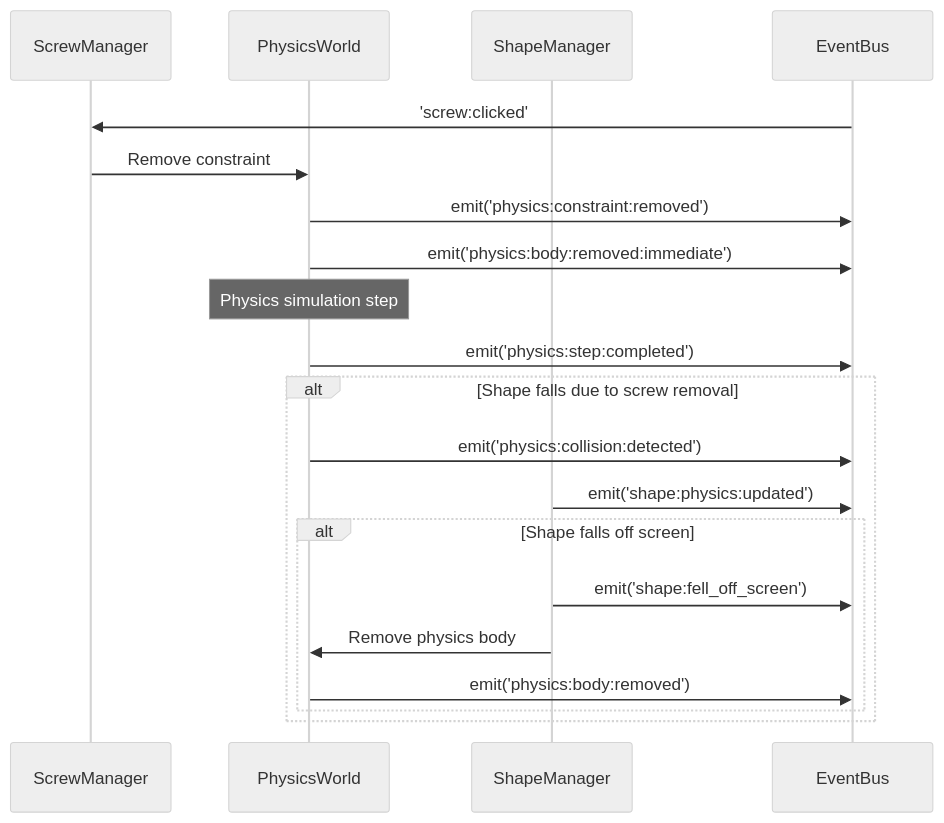
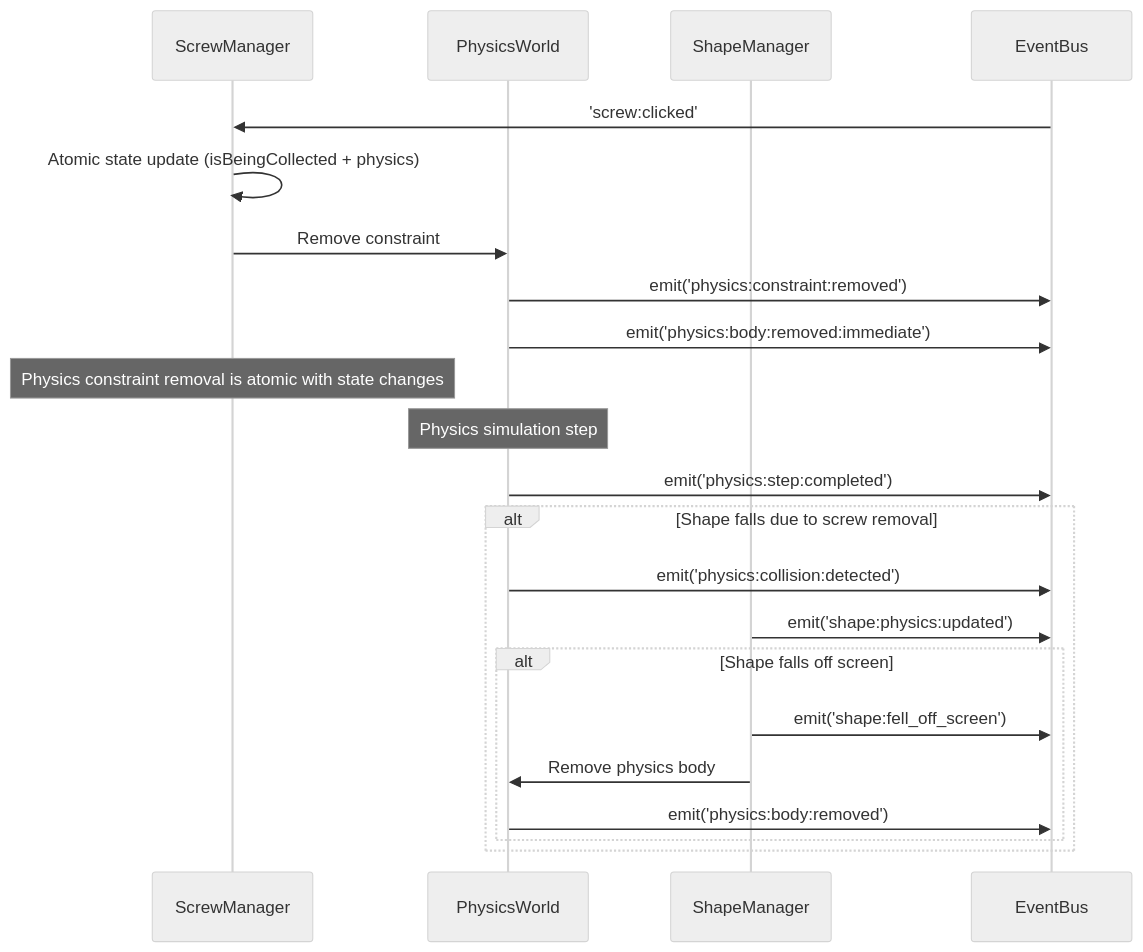
Before and after one commit to paulrobello/par-shape-2d: the fourth of 6 diagrams in docs/game_event_flows.md, drawn with Mermaid (neutral theme). The commit also changed other lines of this file and 1 other file, not shown here.

````diff
--- a/docs/game_event_flows.md
+++ b/docs/game_event_flows.md
@@ -282,26 +294,29 @@
 ```mermaid
 sequenceDiagram
     participant SM as ScrewManager
     participant PM as PhysicsWorld
     participant ShM as ShapeManager
     participant EB as EventBus
 
     EB->>SM: 'screw:clicked'
+    SM->>SM: Atomic state update (isBeingCollected + physics)
     SM->>PM: Remove constraint
     PM->>EB: emit('physics:constraint:removed')
     PM->>EB: emit('physics:body:removed:immediate')
+    
+    Note over SM: Physics constraint removal is atomic with state changes
     
     Note over PM: Physics simulation step
     PM->>EB: emit('physics:step:completed')
     
     alt Shape falls due to screw removal
         PM->>EB: emit('physics:collision:detected')
         ShM->>EB: emit('shape:physics:updated')
         
         alt Shape falls off screen
             ShM->>EB: emit('shape:fell_off_screen')
             ShM->>PM: Remove physics body
             PM->>EB: emit('physics:body:removed')
         end
     end
 ```
````
